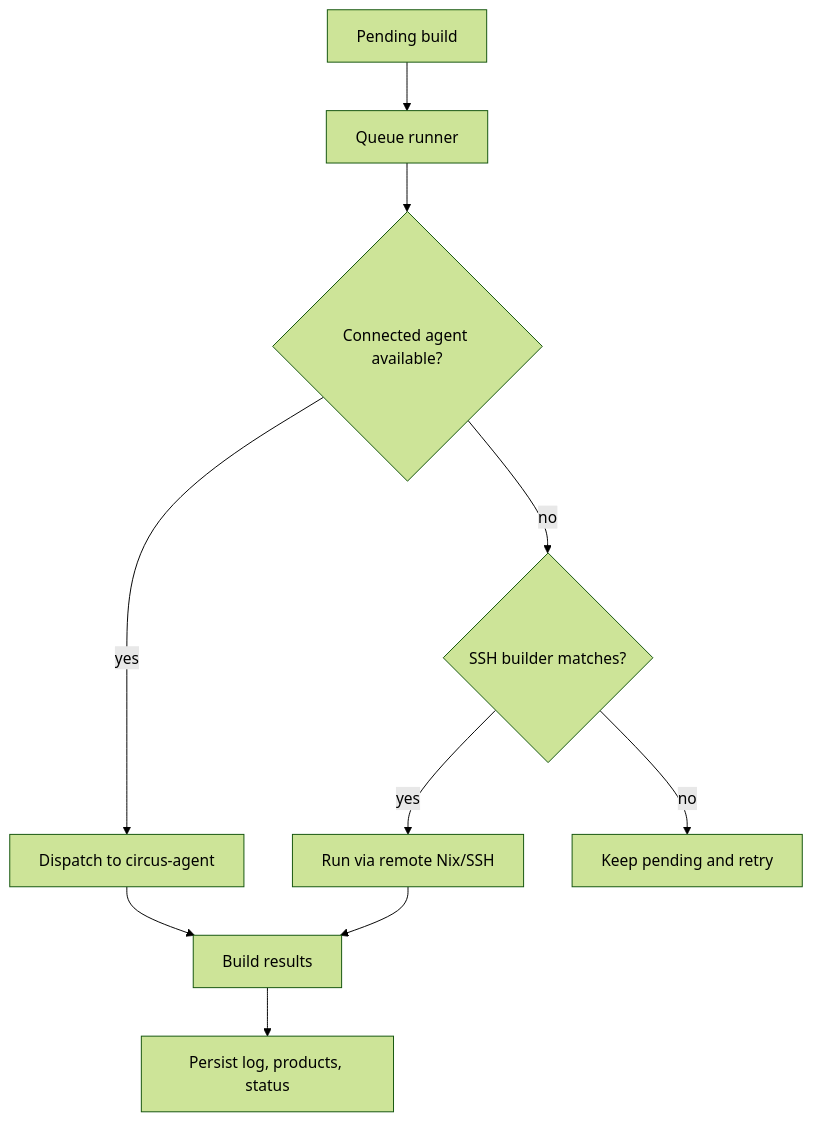
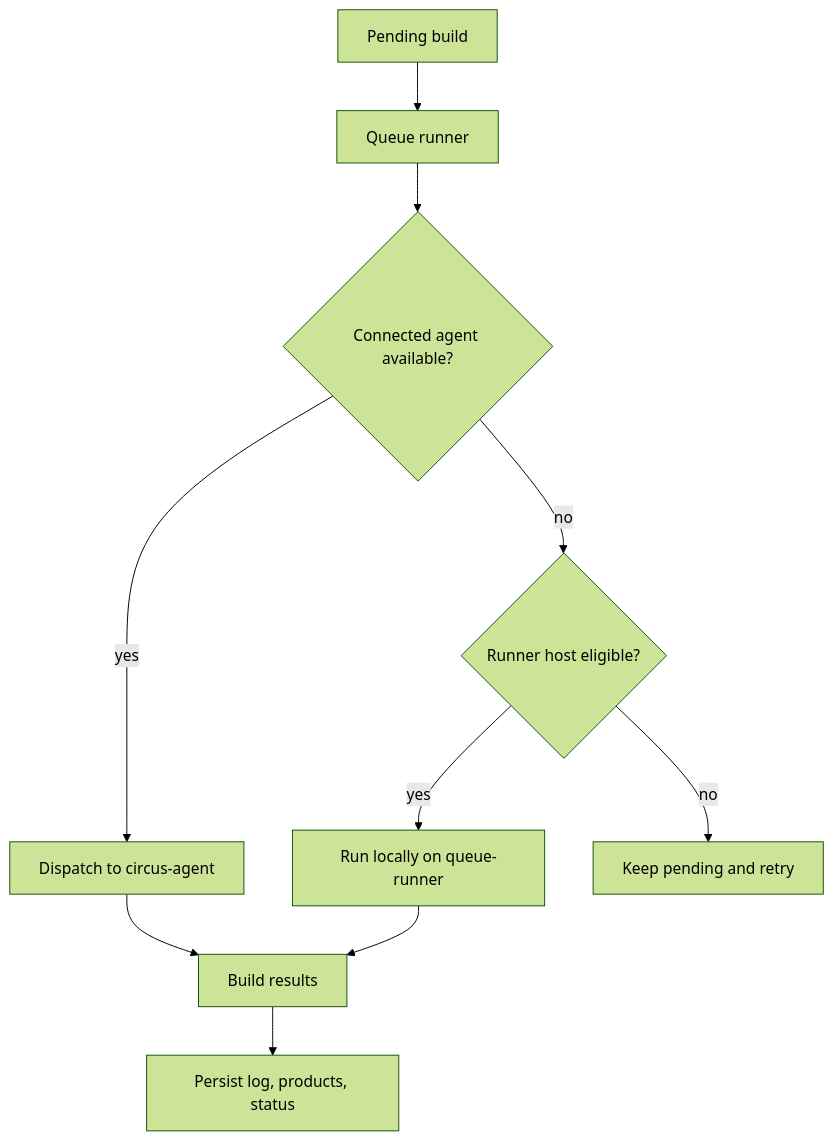
Before and after one commit to manic-systems/circus: the third of 4 diagrams in docs/DESIGN.md, drawn with Mermaid (forest theme). The commit also changed other lines of this file and 12 other files, not shown here.

Commit message:
remove SSH remote builder settings, nix tests, and docs

````diff
--- a/docs/DESIGN.md
+++ b/docs/DESIGN.md
@@ -201,12 +200,12 @@
 ```mermaid
 flowchart TD
     P["Pending build"] --> Q["Queue runner"]
     Q --> A{"Connected agent available?"}
     A -- yes --> R["Dispatch to circus-agent"]
-    A -- no --> S{"SSH builder matches?"}
-    S -- yes --> T["Run via remote Nix/SSH"]
+    A -- no --> S{"Runner host eligible?"}
+    S -- yes --> T["Run locally on queue-runner"]
     S -- no --> U["Keep pending and retry"]
     R --> V["Build results"]
     T --> V
     V --> W["Persist log, products, status"]
 ```
````
